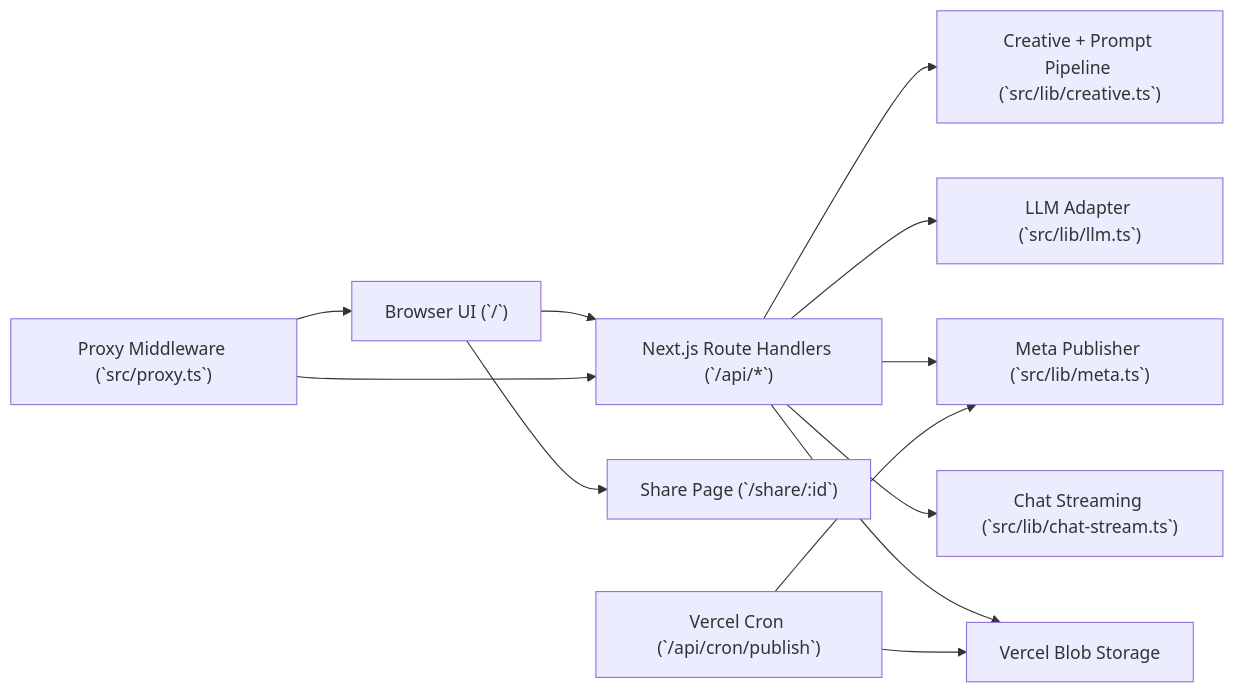
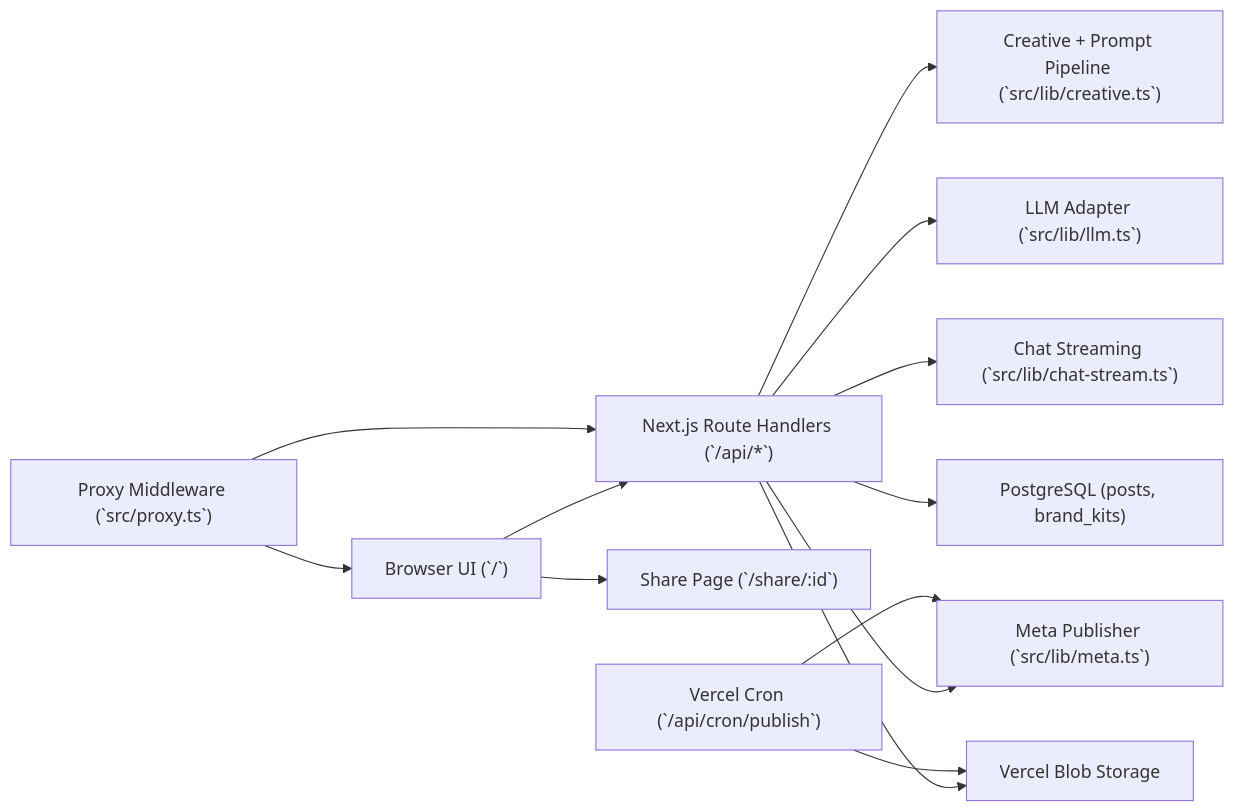
Before and after one commit to 3twos/ig-poster: the diagram in docs/architecture.md, drawn with Mermaid. The commit also changed other lines of this file and 3 other files, not shown here.

First line of the commit message:
docs: update all 4 required docs for brand kits, DB, and UX changes

````diff
--- a/docs/architecture.md
+++ b/docs/architecture.md
@@ -12,14 +12,15 @@
 ```mermaid
 flowchart LR
   U["Browser UI (`/`)"] --> API["Next.js Route Handlers (`/api/*`)"]
   U --> SHARE["Share Page (`/share/:id`)"]
   API --> CREATIVE["Creative + Prompt Pipeline (`src/lib/creative.ts`)"]
   API --> LLM["LLM Adapter (`src/lib/llm.ts`)"]
   API --> META["Meta Publisher (`src/lib/meta.ts`)"]
   API --> CHAT["Chat Streaming (`src/lib/chat-stream.ts`)"]
+  API --> DB["PostgreSQL (posts, brand_kits)"]
   API --> BLOB["Vercel Blob Storage"]
   CRON["Vercel Cron (`/api/cron/publish`)"] --> BLOB
   CRON --> META
   MW["Proxy Middleware (`src/proxy.ts`)"] --> U
   MW --> API
 ```
````
